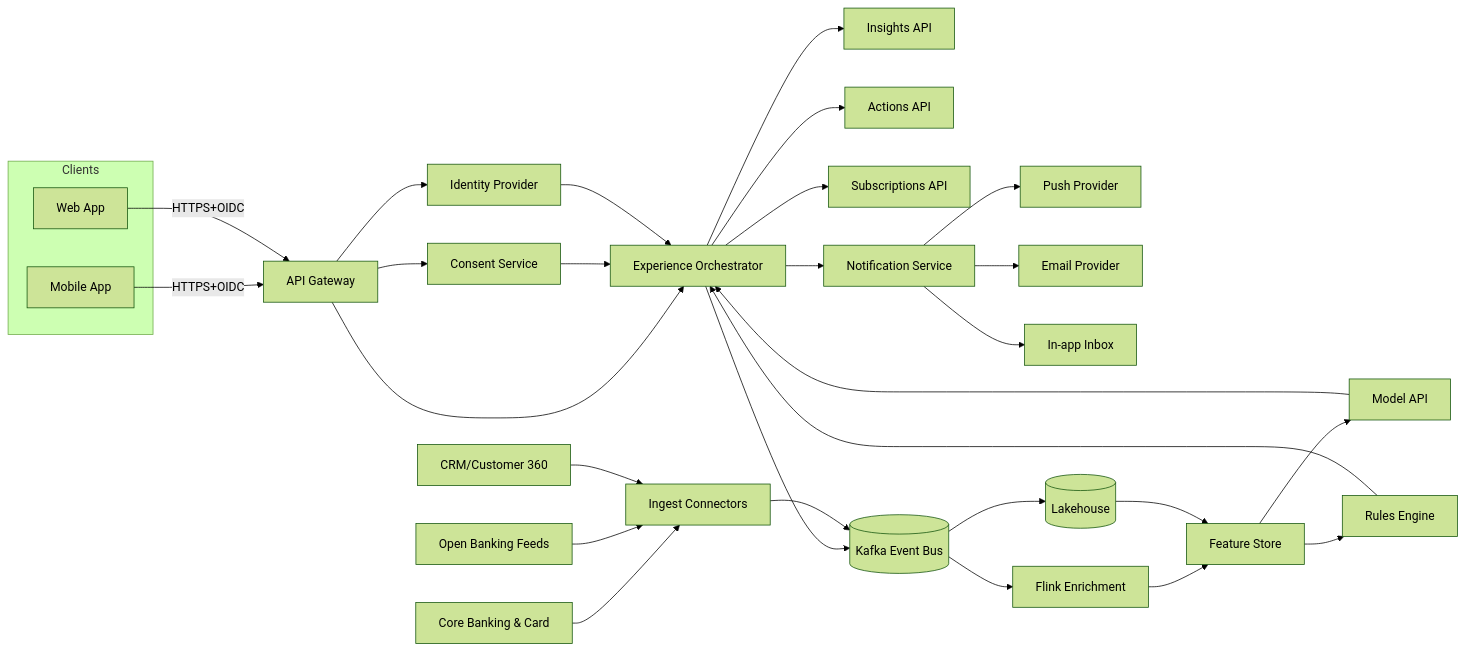
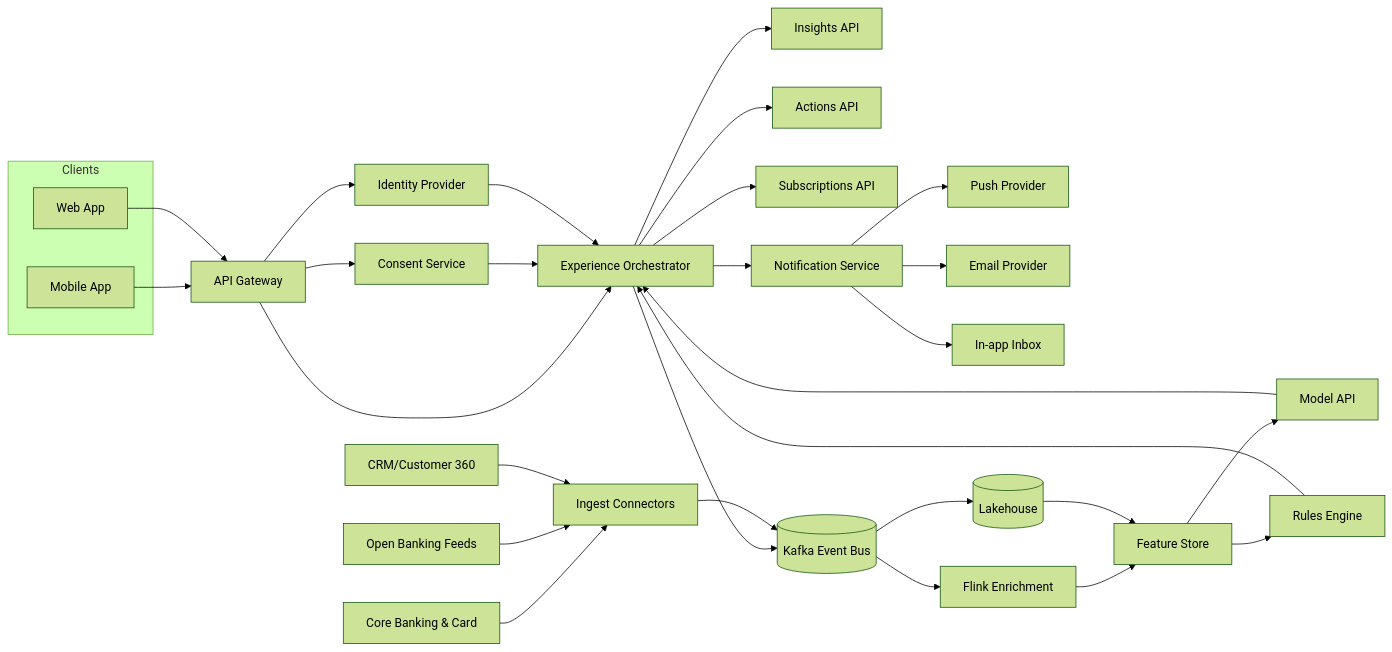
Before and after one commit to sameerrao20118/EAEP: the second of 2 diagrams in hyper-personalized-banking-design.md, drawn with Mermaid (forest theme). The commit also changed other lines of this file and 1 other file, not shown here.

````diff
--- a/hyper-personalized-banking-design.md
+++ b/hyper-personalized-banking-design.md
@@ -94,42 +94,42 @@
 ```mermaid
 flowchart LR
     subgraph Clients
         MApp[Mobile App]
         Web[Web App]
     end
 
-    MApp -->|HTTPS+OIDC| APIGW
-    Web  -->|HTTPS+OIDC| APIGW
+    MApp --> APIGW
+    Web --> APIGW
 
     APIGW[API Gateway] --> ORCH[Experience Orchestrator]
     APIGW --> CONSENT[Consent Service]
     APIGW --> AUTH[Identity Provider]
 
     ORCH --> INSIGHTS[Insights API]
     ORCH --> ACTIONS[Actions API]
     ORCH --> SUBS[Subscriptions API]
     ORCH --> NOTIF[Notification Service]
     ORCH --> EB[(Kafka Event Bus)]
 
     NOTIF --> PUSH[Push Provider]
     NOTIF --> EMAIL[Email Provider]
     NOTIF --> INBOX[In-app Inbox]
 
     EB --> FLINK[Flink Enrichment]
     FLINK --> FEATURE[Feature Store]
     FEATURE --> MODELS[Model API]
     FEATURE --> RULES[Rules Engine]
     MODELS --> ORCH
     RULES --> ORCH
 
     EB --> LAKE[(Lakehouse)]
     LAKE --> FEATURE
 
     CORE[Core Banking & Card] --> INGEST[Ingest Connectors]
     OB[Open Banking Feeds] --> INGEST
     CRM[CRM/Customer 360] --> INGEST
     INGEST --> EB
 
     CONSENT --> ORCH
     AUTH --> ORCH
 ```
````
